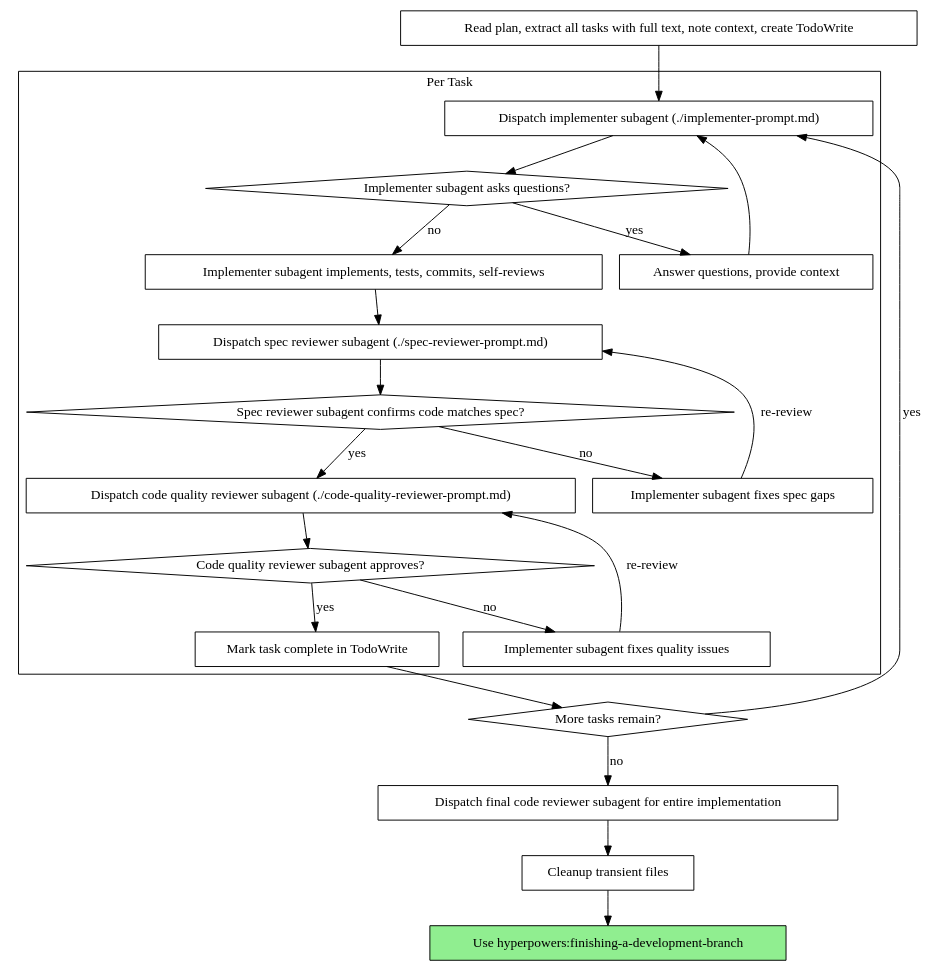
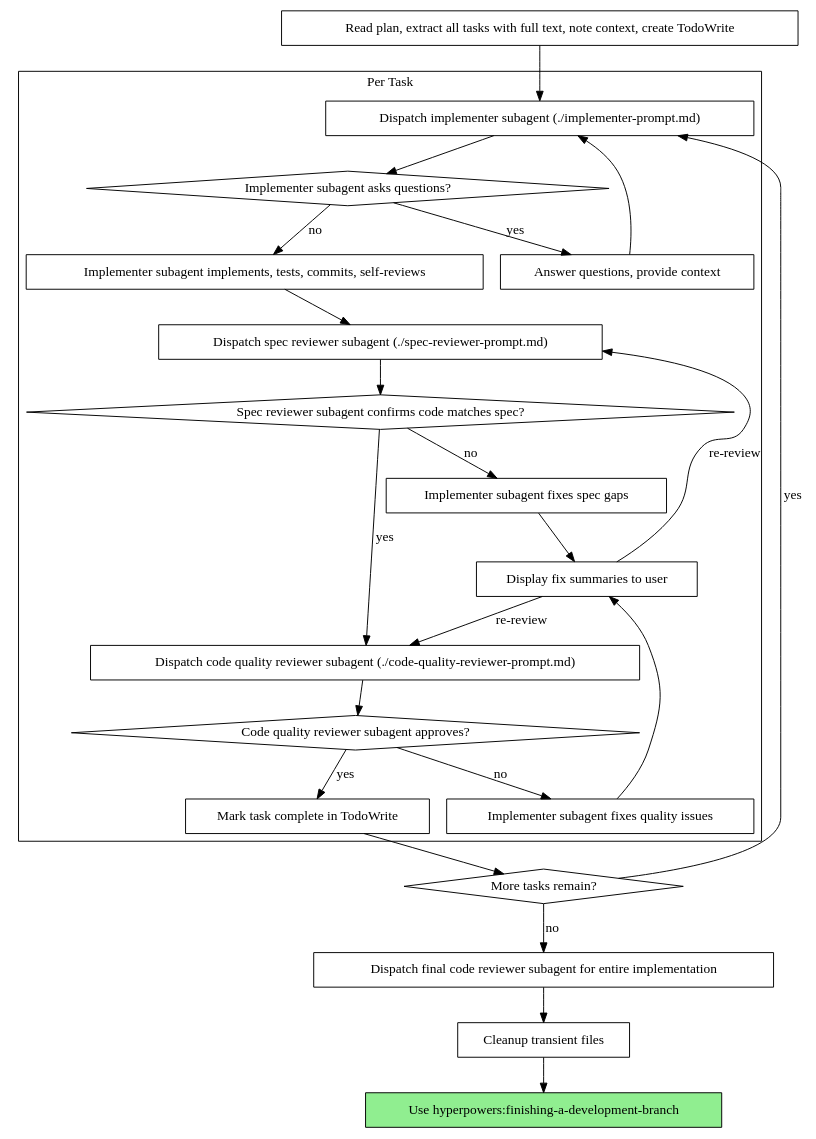
One commit to obra/superpowers changed the second of 2 diagrams in skills/subagent-driven-development/SKILL.md. Above: the diagram before and after it, drawn with Graphviz. The commit also changed other lines of this file, not shown here.

First line of the commit message:
feat(subagent-driven-dev): add orchestrator fix summary display

````diff
--- a/skills/subagent-driven-development/SKILL.md
+++ b/skills/subagent-driven-development/SKILL.md
@@ -36,46 +36,49 @@
 ```dot
 digraph process {
     rankdir=TB;
 
     subgraph cluster_per_task {
         label="Per Task";
         "Dispatch implementer subagent (./implementer-prompt.md)" [shape=box];
         "Implementer subagent asks questions?" [shape=diamond];
         "Answer questions, provide context" [shape=box];
         "Implementer subagent implements, tests, commits, self-reviews" [shape=box];
         "Dispatch spec reviewer subagent (./spec-reviewer-prompt.md)" [shape=box];
         "Spec reviewer subagent confirms code matches spec?" [shape=diamond];
         "Implementer subagent fixes spec gaps" [shape=box];
+        "Display fix summaries to user" [shape=box];
         "Dispatch code quality reviewer subagent (./code-quality-reviewer-prompt.md)" [shape=box];
         "Code quality reviewer subagent approves?" [shape=diamond];
         "Implementer subagent fixes quality issues" [shape=box];
         "Mark task complete in TodoWrite" [shape=box];
     }
 
     "Read plan, extract all tasks with full text, note context, create TodoWrite" [shape=box];
     "More tasks remain?" [shape=diamond];
     "Dispatch final code reviewer subagent for entire implementation" [shape=box];
     "Cleanup transient files" [shape=box];
     "Use hyperpowers:finishing-a-development-branch" [shape=box style=filled fillcolor=lightgreen];
 
     "Read plan, extract all tasks with full text, note context, create TodoWrite" -> "Dispatch implementer subagent (./implementer-prompt.md)";
     "Dispatch implementer subagent (./implementer-prompt.md)" -> "Implementer subagent asks questions?";
     "Implementer subagent asks questions?" -> "Answer questions, provide context" [label="yes"];
     "Answer questions, provide context" -> "Dispatch implementer subagent (./implementer-prompt.md)";
     "Implementer subagent asks questions?" -> "Implementer subagent implements, tests, commits, self-reviews" [label="no"];
     "Implementer subagent implements, tests, commits, self-reviews" -> "Dispatch spec reviewer subagent (./spec-reviewer-prompt.md)";
     "Dispatch spec reviewer subagent (./spec-reviewer-prompt.md)" -> "Spec reviewer subagent confirms code matches spec?";
     "Spec reviewer subagent confirms code matches spec?" -> "Implementer subagent fixes spec gaps" [label="no"];
-    "Implementer subagent fixes spec gaps" -> "Dispatch spec reviewer subagent (./spec-reviewer-prompt.md)" [label="re-review"];
+    "Implementer subagent fixes spec gaps" -> "Display fix summaries to user";
+    "Display fix summaries to user" -> "Dispatch spec reviewer subagent (./spec-reviewer-prompt.md)" [label="re-review"];
     "Spec reviewer subagent confirms code matches spec?" -> "Dispatch code quality reviewer subagent (./code-quality-reviewer-prompt.md)" [label="yes"];
     "Dispatch code quality reviewer subagent (./code-quality-reviewer-prompt.md)" -> "Code quality reviewer subagent approves?";
     "Code quality reviewer subagent approves?" -> "Implementer subagent fixes quality issues" [label="no"];
-    "Implementer subagent fixes quality issues" -> "Dispatch code quality reviewer subagent (./code-quality-reviewer-prompt.md)" [label="re-review"];
+    "Implementer subagent fixes quality issues" -> "Display fix summaries to user";
+    "Display fix summaries to user" -> "Dispatch code quality reviewer subagent (./code-quality-reviewer-prompt.md)" [label="re-review"];
     "Code quality reviewer subagent approves?" -> "Mark task complete in TodoWrite" [label="yes"];
     "Mark task complete in TodoWrite" -> "More tasks remain?";
     "More tasks remain?" -> "Dispatch implementer subagent (./implementer-prompt.md)" [label="yes"];
     "More tasks remain?" -> "Dispatch final code reviewer subagent for entire implementation" [label="no"];
     "Dispatch final code reviewer subagent for entire implementation" -> "Cleanup transient files";
     "Cleanup transient files" -> "Use hyperpowers:finishing-a-development-branch";
 }
 ```
````
